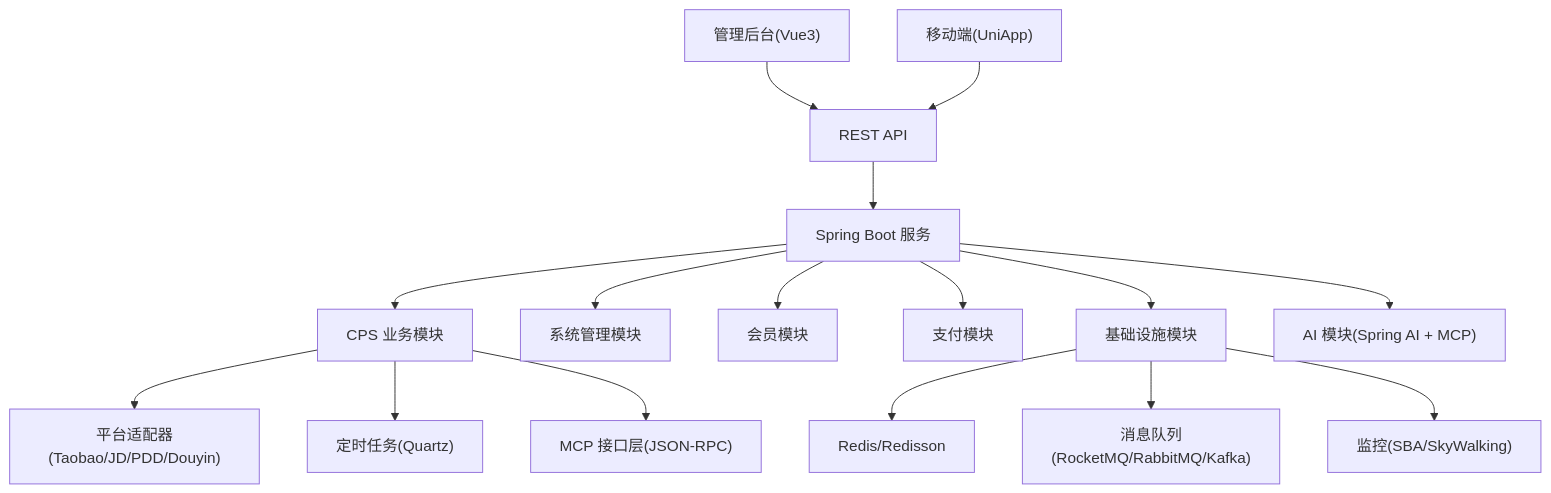
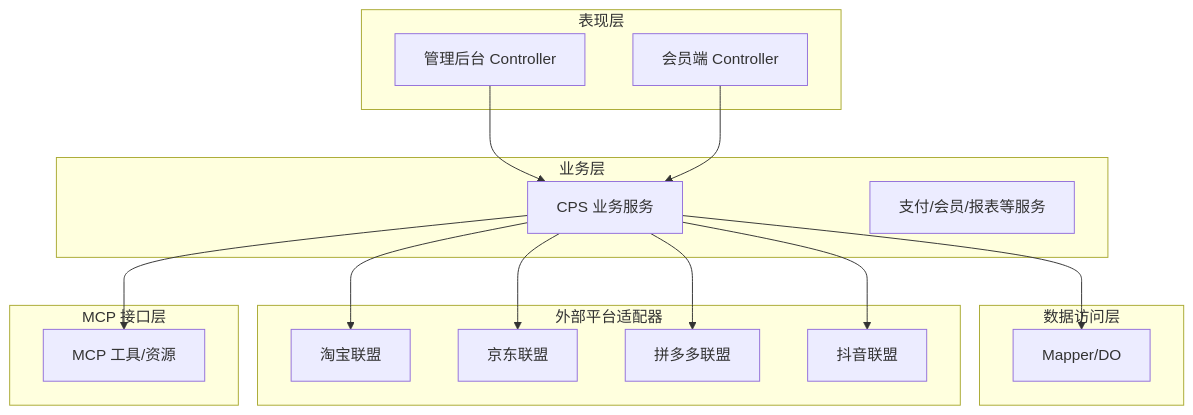
One commit to zhuangpengLI/AgenticCPS changed the second of 6 diagrams in .qoder/repowiki/zh/content/项目概述/项目概述.md. Above: the diagram before and after it, drawn with Mermaid. The commit also changed other lines of this file and 355 other files, not shown here.

````diff
--- a/.qoder/repowiki/zh/content/项目概述/项目概述.md
+++ b/.qoder/repowiki/zh/content/项目概述/项目概述.md
@@ -113,18 +106,31 @@
 ```mermaid
 graph TB
-FE_Admin["管理后台(Vue3)"] --> API["REST API"]
-FE_Mobile["移动端(UniApp)"] --> API
-API --> Server["Spring Boot 服务"]
-Server --> CPSBiz["CPS 业务模块"]
-Server --> SystemBiz["系统管理模块"]
-Server --> MemberBiz["会员模块"]
-Server --> PayBiz["支付模块"]
-Server --> InfraBiz["基础设施模块"]
-Server --> AIModule["AI 模块(Spring AI + MCP)"]
-CPSBiz --> PlatformAdapter["平台适配器(Taobao/JD/PDD/Douyin)"]
-CPSBiz --> Scheduler["定时任务(Quartz)"]
-CPSBiz --> MCP["MCP 接口层(JSON-RPC)"]
-InfraBiz --> Redis["Redis/Redisson"]
-InfraBiz --> MQ["消息队列(RocketMQ/RabbitMQ/Kafka)"]
-InfraBiz --> Monitor["监控(SBA/SkyWalking)"]
+subgraph "表现层"
+C1["管理后台 Controller"]
+C2["会员端 Controller"]
+end
+subgraph "业务层"
+S1["CPS 业务服务"]
+S2["支付/会员/报表等服务"]
+end
+subgraph "数据访问层"
+DAO["Mapper/DO"]
+end
+subgraph "外部平台适配器"
+TA["淘宝联盟"]
+JD["京东联盟"]
+PDD["拼多多联盟"]
+DY["抖音联盟"]
+end
+subgraph "MCP 接口层"
+MCP["MCP 工具/资源"]
+end
+C1 --> S1
+C2 --> S1
+S1 --> DAO
+S1 --> MCP
+S1 --> TA
+S1 --> JD
+S1 --> PDD
+S1 --> DY
 ```
````
